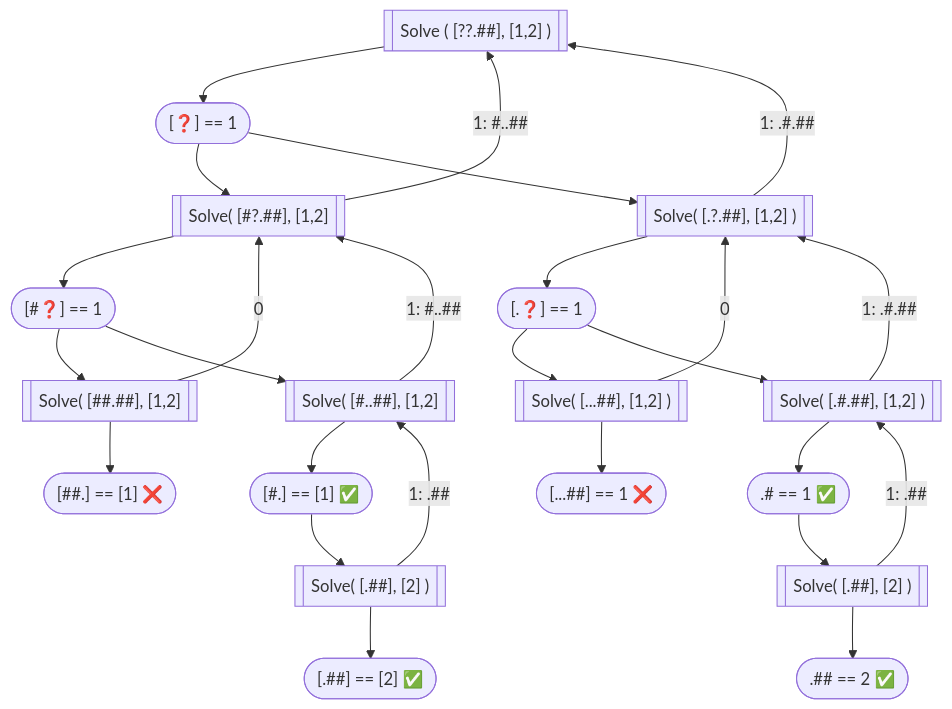
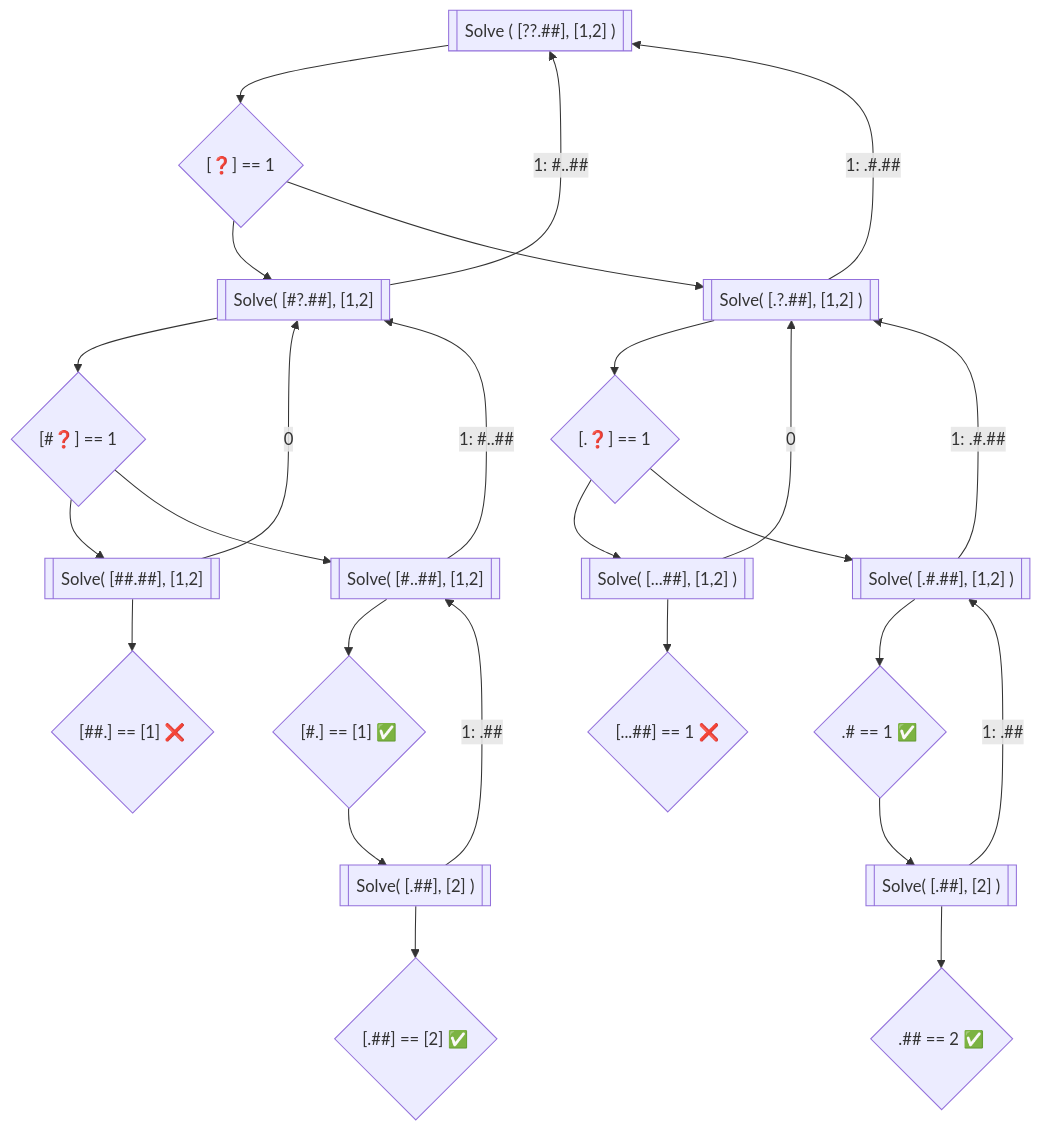
Before and after one commit to gvelim/advent2023: the diagram in src/bin/day12/README.md, drawn with Mermaid.

Commit message:
Day 12 - documentation

````diff
--- a/src/bin/day12/README.md
+++ b/src/bin/day12/README.md
@@ -120,23 +120,23 @@
 ```mermaid
 graph TD
-    A[["Solve ( [??.##], [1,2] )"]] --> B(["[❓] == 1"])
+    A[["Solve ( [??.##], [1,2] )"]] --> B{"[❓] == 1"}
     B --> C[["Solve( [#?.##], [1,2]"]] 
-        C --> E(["[#❓] == 1"]) 
+        C --> E{"[#❓] == 1"} 
             C -- "1: #..##" --> A
             E --> G[["Solve( [##.##], [1,2]"]] -- 0 --> C
-                G --> H(["[##.] == [1] ❌"])
+                G --> H{"[##.] == [1] ❌"}
             E --> F[["Solve( [#..##], [1,2]"]] -- "1: #..##" --> C
                 F --> F1 
-                    F1(["[#.] == [1] ✅"]) --> I
+                    F1{"[#.] == [1] ✅"} --> I
                         I[["Solve( [.##], [2] )"]] -- "1: .##" --> F
-                        I --> IA(["[.##] == [2] ✅"])
+                        I --> IA{"[.##] == [2] ✅"}
     B --> D[["Solve( [.?.##], [1,2] )"]] -- "1: .#.##" --> A
-        D --> J(["[.❓] == 1"])
+        D --> J{"[.❓] == 1"}
             J --> L -- 0 --> D 
                 L[["Solve( [...##], [1,2] )"]] --> O
-                O(["[...##] == 1 ❌"])
+                O{"[...##] == 1 ❌"}
             J --> K[["Solve( [.#.##], [1,2] )"]] -- "1: .#.##" --> D
-                K --> M([".# == 1 ✅"]) 
+                K --> M{".# == 1 ✅"}
                     M --> P[["Solve( [.##], [2] )"]] -- "1: .##" --> K
-                    P --> Q([".## == 2 ✅"])
+                    P --> Q{".## == 2 ✅"}
 ```
````
